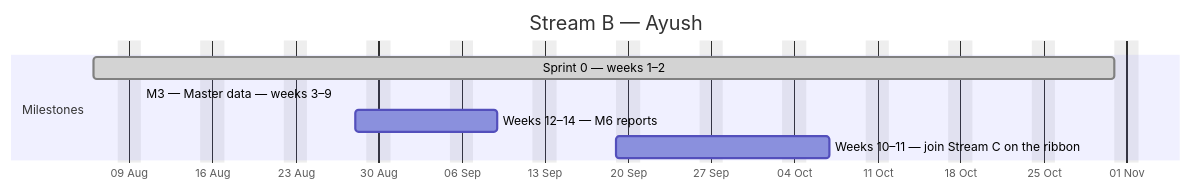
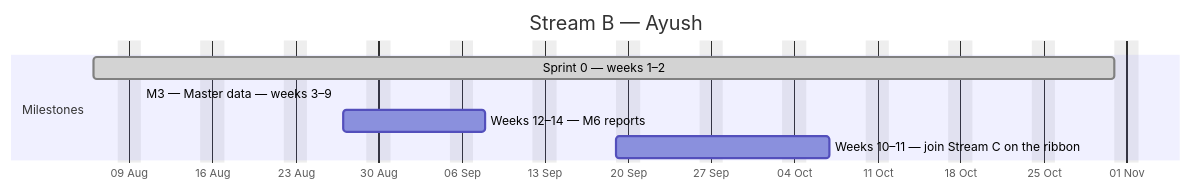
The second of 4 diagrams in docs/plan/GANTT.md (debashisedunext/EduTrack), drawn with Mermaid before and after one commit. The commit also changed other lines of this file and 3 other files, not shown here.

````diff
--- a/docs/plan/GANTT.md
+++ b/docs/plan/GANTT.md
@@ -127,12 +127,12 @@
 ```mermaid
 gantt
     dateFormat YYYY-MM-DD
     axisFormat %d %b
     title Stream B — Ayush
     excludes weekends
     section Milestones
     Sprint 0 — weeks 1–2 :done, b0, 2026-08-06, 62d
     M3 — Master data — weeks 3–9 :active, b1, 2026-08-10, -21d
-    Weeks 12–14 — M6 reports :b2, 2026-08-28, 8d
+    Weeks 12–14 — M6 reports :b2, 2026-08-27, 8d
     Weeks 10–11 — join Stream C on the ribbon :b3, 2026-09-19, 13d
 ```
````
